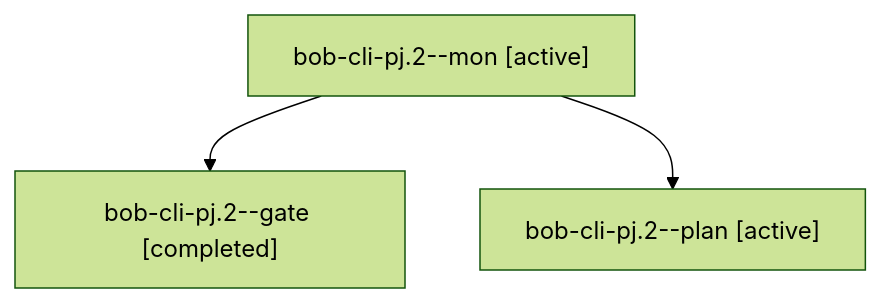
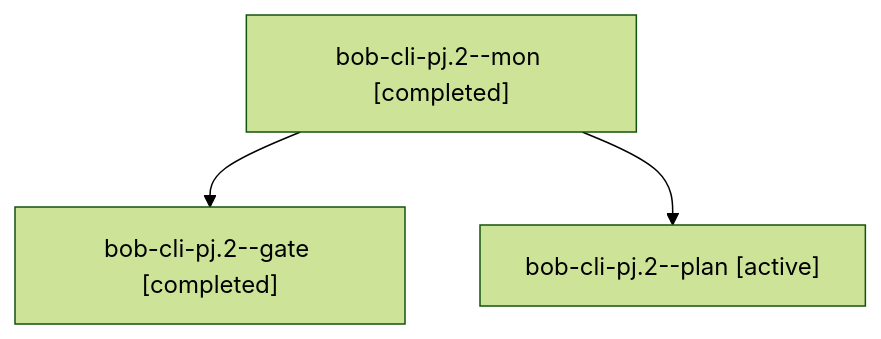
The diagram in sessions/bbugyi200.athena.bob-cli-pj.2.md (bobs-org/bob-cli--agents), drawn with Mermaid (forest theme) before and after one commit. The commit also changed other lines of this file and 41 other files, not shown here.

````diff
--- a/sessions/bbugyi200.athena.bob-cli-pj.2.md
+++ b/sessions/bbugyi200.athena.bob-cli-pj.2.md
@@ -9,8 +9,8 @@
 ```mermaid
 flowchart TD
-  n0["bob-cli-pj.2--mon [active]"]
+  n0["bob-cli-pj.2--mon [completed]"]
   n1["bob-cli-pj.2--gate [completed]"]
   n0 --> n1
   n2["bob-cli-pj.2--plan [active]"]
   n0 --> n2
 ```
````
